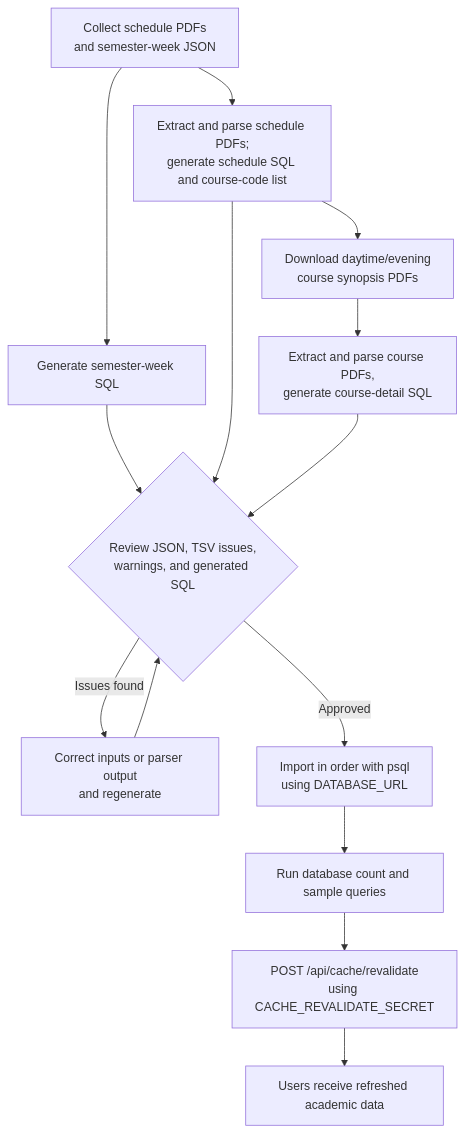
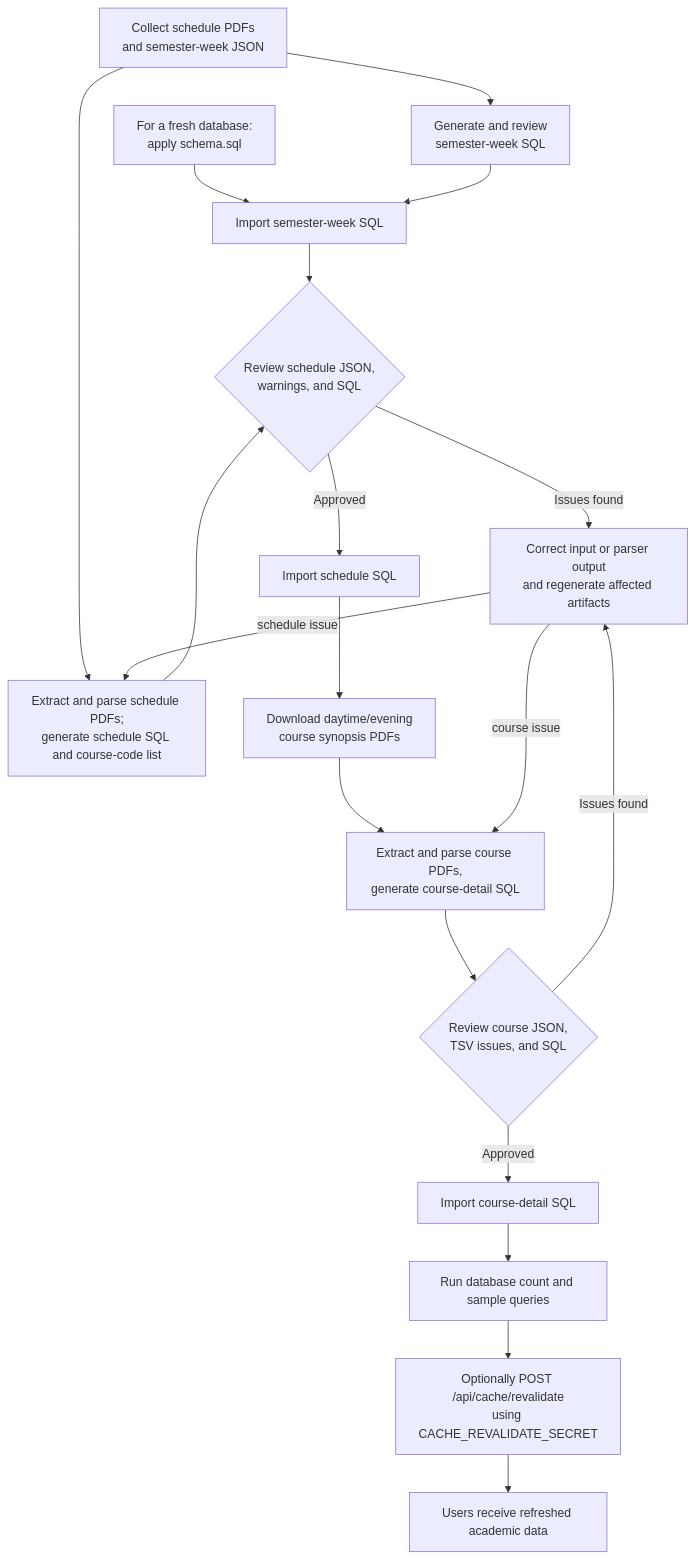
The sixth of 12 diagrams in docs/DeveloperGuide.md (lester-td/SUSSplanner), drawn with Mermaid before and after one commit. The commit also changed other lines of this file, not shown here.

````diff
--- a/docs/DeveloperGuide.md
+++ b/docs/DeveloperGuide.md
@@ -600,28 +602,37 @@
 ```mermaid
 flowchart TD
     Inputs["Collect schedule PDFs<br/>and semester-week JSON"]
-    Weeks["Generate semester-week SQL"]
+    Schema["For a fresh database:<br/>apply schema.sql"]
+    Weeks["Generate and review<br/>semester-week SQL"]
+    ImportWeeks["Import semester-week SQL"]
     Schedule["Extract and parse schedule PDFs;<br/>generate schedule SQL and course-code list"]
+    ReviewSchedule{"Review schedule JSON,<br/>warnings, and SQL"}
+    ImportSchedule["Import schedule SQL"]
     Download["Download daytime/evening<br/>course synopsis PDFs"]
     Course["Extract and parse course PDFs,<br/>generate course-detail SQL"]
-    Review{"Review JSON, TSV issues,<br/>warnings, and generated SQL"}
-    Fix["Correct inputs or parser output<br/>and regenerate"]
-    Import["Import in order with psql<br/>using DATABASE_URL"]
+    ReviewCourse{"Review course JSON,<br/>TSV issues, and SQL"}
+    Fix["Correct input or parser output<br/>and regenerate affected artifacts"]
+    ImportCourse["Import course-detail SQL"]
     Verify["Run database count and sample queries"]
-    Revalidate["POST /api/cache/revalidate<br/>using CACHE_REVALIDATE_SECRET"]
+    Revalidate["Optionally POST /api/cache/revalidate<br/>using CACHE_REVALIDATE_SECRET"]
     Public["Users receive refreshed academic data"]
 
+    Schema --> ImportWeeks
     Inputs --> Weeks
     Inputs --> Schedule
-    Schedule --> Download
+    Weeks --> ImportWeeks
+    ImportWeeks --> ReviewSchedule
+    Schedule --> ReviewSchedule
+    ReviewSchedule -->|Issues found| Fix
+    ReviewSchedule -->|Approved| ImportSchedule
+    ImportSchedule --> Download
     Download --> Course
-    Weeks --> Review
-    Schedule --> Review
-    Course --> Review
-    Review -->|Issues found| Fix
-    Fix --> Review
-    Review -->|Approved| Import
-    Import --> Verify
+    Course --> ReviewCourse
+    ReviewCourse -->|Issues found| Fix
+    ReviewCourse -->|Approved| ImportCourse
+    Fix -->|schedule issue| Schedule
+    Fix -->|course issue| Course
+    ImportCourse --> Verify
     Verify --> Revalidate
     Revalidate --> Public
 ```
````
